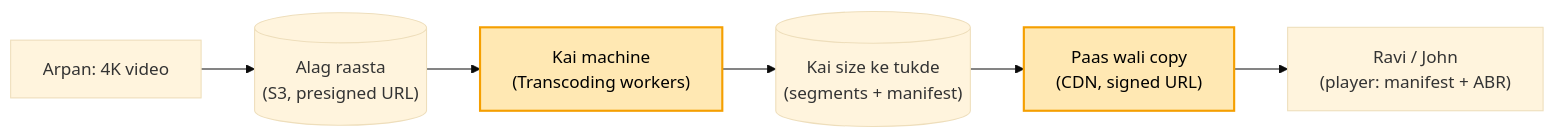
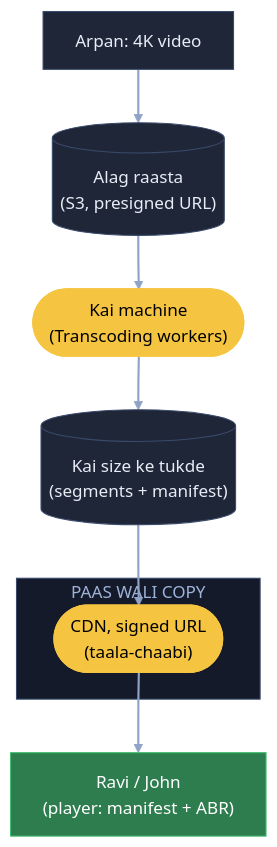
Diagram 15 of 15 in 04_HLD/SYSTEM_DESIGNS/03_twitter_feed/03_twitter_feed.md (ArpanMaheshwari144/Prep), drawn with Mermaid (base theme) before and after one commit. The commit also changed other lines of this file, not shown here.

Commit message:
Twitter: 15 diagram YouTube (reel) wale card andaaz me

````diff
--- a/04_HLD/SYSTEM_DESIGNS/03_twitter_feed/03_twitter_feed.md
+++ b/04_HLD/SYSTEM_DESIGNS/03_twitter_feed/03_twitter_feed.md
@@ -346,10 +503,22 @@
 ```mermaid
-flowchart LR
-    A["Arpan: 4K video"] --> S3[("Alag raasta<br/>(S3, presigned URL)")]
-    S3 --> W["Kai machine<br/>(Transcoding workers)"]
-    W --> T[("Kai size ke tukde<br/>(segments + manifest)")]
-    T --> CDN["Paas wali copy<br/>(CDN, signed URL)"]
-    CDN --> R["Ravi / John<br/>(player: manifest + ABR)"]
-    style W fill:#ffe8b3,stroke:#f59f00,stroke-width:2px,color:#000
-    style CDN fill:#ffe8b3,stroke:#f59f00,stroke-width:2px,color:#000
+flowchart TB
+    A["Arpan: 4K video"]:::card
+    S3[("Alag raasta<br/>(S3, presigned URL)")]:::card
+    W(["Kai machine<br/>(Transcoding workers)"]):::pill
+    T[("Kai size ke tukde<br/>(segments + manifest)")]:::card
+    subgraph PS["PAAS WALI COPY"]
+        CDN(["CDN, signed URL<br/>(taala-chaabi)"]):::pill
+    end
+    R["Ravi / John<br/>(player: manifest + ABR)"]:::good
+    A --> S3
+    S3 --> W
+    W --> T
+    T --> CDN
+    CDN --> R
+    linkStyle default stroke:#8fa3c7,stroke-width:2px
+    classDef card fill:#1e2638,stroke:#3a4a6b,color:#e8ecf5
+    classDef pill fill:#f5c542,stroke:#f5c542,color:#000
+    classDef good fill:#2e7d4f,stroke:#3fbf6f,color:#fff
+    classDef bad fill:#5c1f24,stroke:#e05561,color:#fff
+    style PS fill:#141a29,stroke:#3a4a6b,color:#9fb3d9
 ```
````
